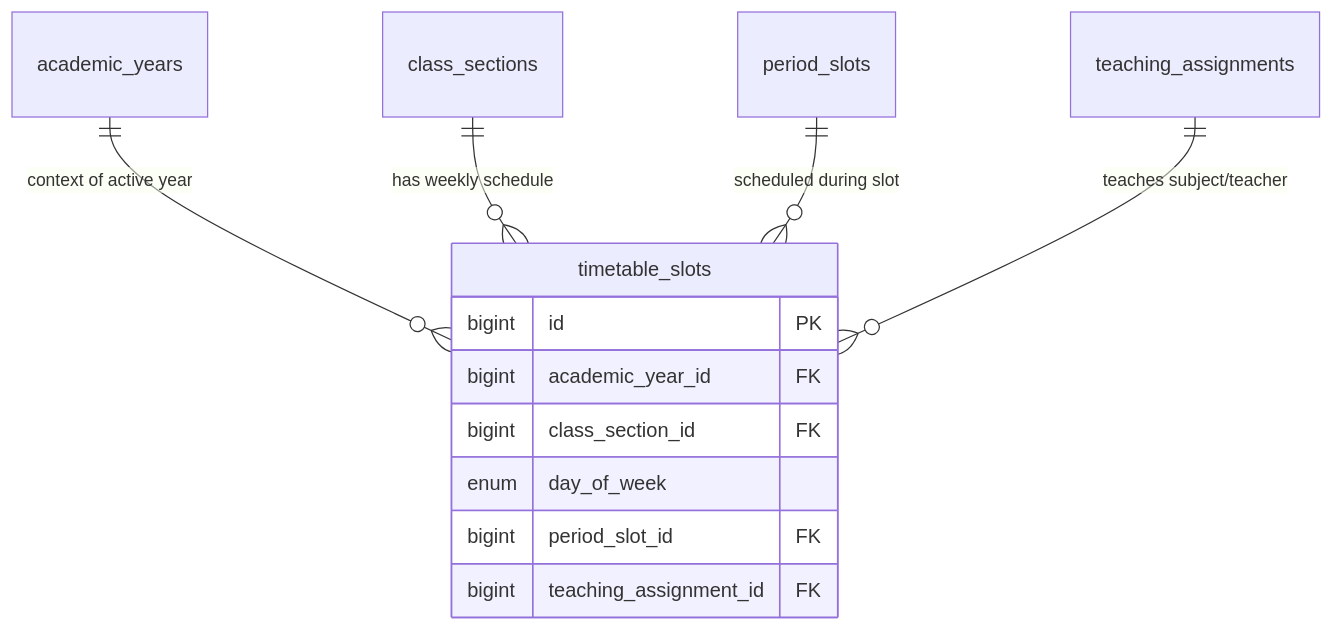
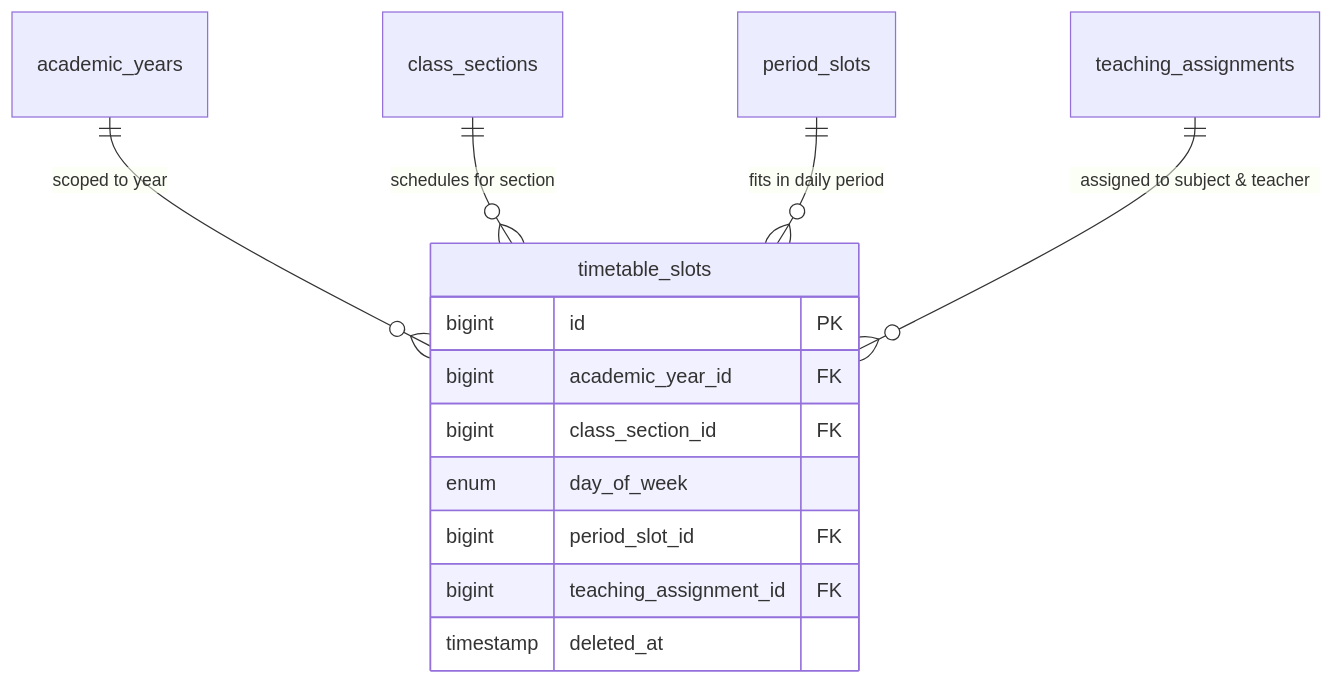
Before and after one commit to alalemusa98-ctrl/Taqniya-SMS: the diagram in MD/phases/phase_05_timetables_b/data.md, drawn with Mermaid. The commit also changed other lines of this file and 7 other files, not shown here.

````diff
--- a/MD/phases/phase_05_timetables_b/data.md
+++ b/MD/phases/phase_05_timetables_b/data.md
@@ -52,16 +55,17 @@
 ```mermaid
 erDiagram
-    academic_years ||--o{ timetable_slots : "context of active year"
-    class_sections ||--o{ timetable_slots : "has weekly schedule"
-    period_slots ||--o{ timetable_slots : "scheduled during slot"
-    teaching_assignments ||--o{ timetable_slots : "teaches subject/teacher"
+    academic_years ||--o{ timetable_slots : "scoped to year"
+    class_sections ||--o{ timetable_slots : "schedules for section"
+    period_slots ||--o{ timetable_slots : "fits in daily period"
+    teaching_assignments ||--o{ timetable_slots : "assigned to subject & teacher"
 
     timetable_slots {
         bigint id PK
         bigint academic_year_id FK
         bigint class_section_id FK
         enum day_of_week
         bigint period_slot_id FK
         bigint teaching_assignment_id FK
+        timestamp deleted_at
     }
 ```
````
